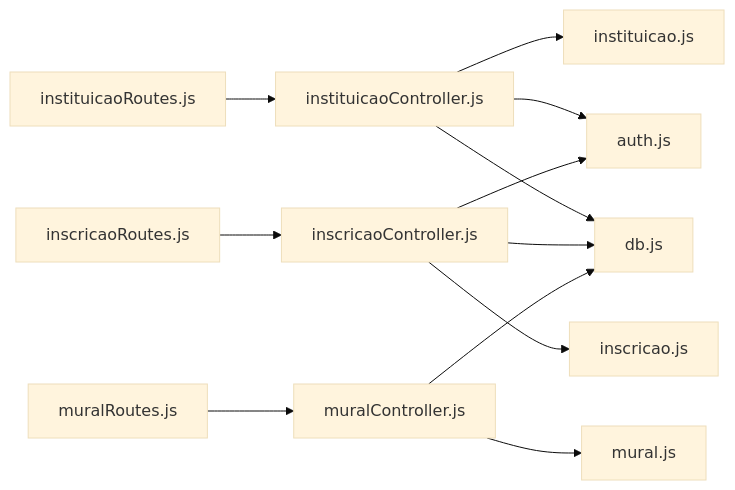
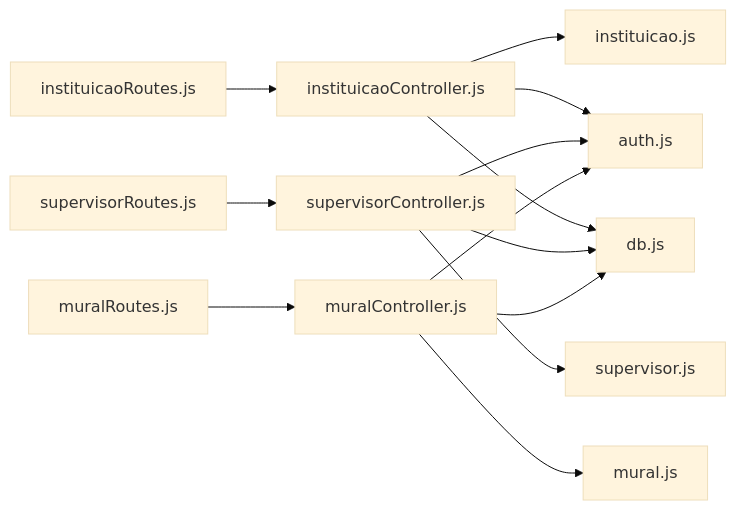
One commit to luiseduacosta/nodemural changed the third of 3 diagrams in .qoder/repowiki/en/content/API Reference/Internship Management APIs.md. Above: the diagram before and after it, drawn with Mermaid (base theme). The commit also changed other lines of this file and 27 other files, not shown here.

````diff
--- a/.qoder/repowiki/en/content/API Reference/Internship Management APIs.md
+++ b/.qoder/repowiki/en/content/API Reference/Internship Management APIs.md
@@ -292,14 +362,15 @@
 ```mermaid
 graph LR
-ER["instituicaoRoutes.js"] --> EC["instituicaoController.js"]
-IR["inscricaoRoutes.js"] --> IC["inscricaoController.js"]
+IR["instituicaoRoutes.js"] --> IC["instituicaoController.js"]
+SR["supervisorRoutes.js"] --> SC["supervisorController.js"]
 MR["muralRoutes.js"] --> MC["muralController.js"]
-EC --> EM["instituicao.js"]
-IC --> IM["inscricao.js"]
+IC --> IM["instituicao.js"]
+SC --> SM["supervisor.js"]
 MC --> MM["mural.js"]
-EC --> AM["auth.js"]
-IC --> AM
-EC --> DB["db.js"]
-IC --> DB
+IC --> AM["auth.js"]
+SC --> AM
+MC --> AM
+IC --> DB["db.js"]
+SC --> DB
 MC --> DB
 ```
````
